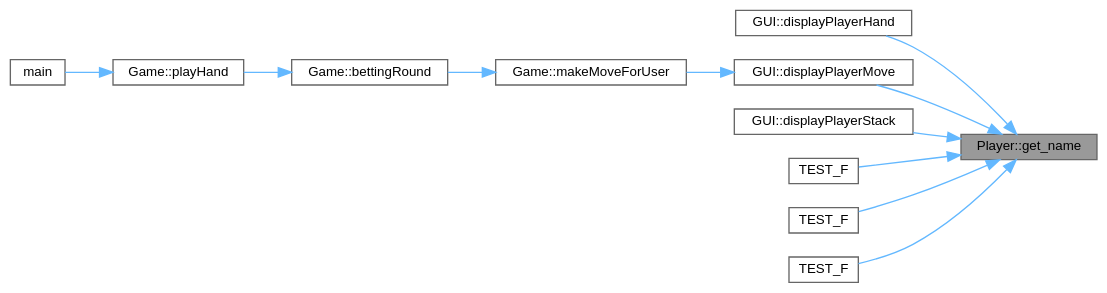
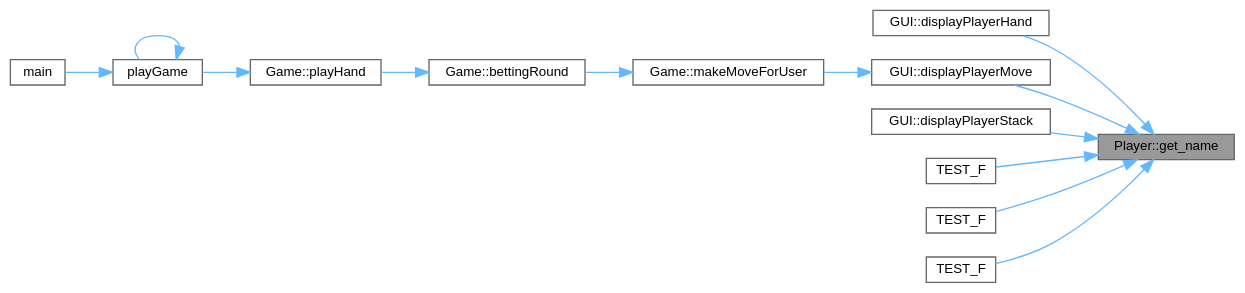
The diagram in class_player_afca8141f38b60b526fd2f874523a2726_icgraph.dot (jesstyrrell/cosc345), drawn with Graphviz before and after one commit. The commit also changed 182 other files, not shown here.

```diff
--- a/class_player_afca8141f38b60b526fd2f874523a2726_icgraph.dot
+++ b/class_player_afca8141f38b60b526fd2f874523a2726_icgraph.dot
@@ -1,30 +1,33 @@
 digraph "Player::get_name"
 {
  // INTERACTIVE_SVG=YES
  // LATEX_PDF_SIZE
   bgcolor="transparent";
   edge [fontname=Helvetica,fontsize=10,labelfontname=Helvetica,labelfontsize=10];
   node [fontname=Helvetica,fontsize=10,shape=box,height=0.2,width=0.4];
   rankdir="RL";
   Node1 [id="Node000001",label="Player::get_name",height=0.2,width=0.4,color="gray40", fillcolor="grey60", style="filled", fontcolor="black",tooltip="Gets the name of the player."];
   Node1 -> Node2 [id="edge1_Node000001_Node000002",dir="back",color="steelblue1",style="solid",tooltip=" "];
   Node2 [id="Node000002",label="GUI::displayPlayerHand",height=0.2,width=0.4,color="grey40", fillcolor="white", style="filled",URL="$class_g_u_i.html#a32e1013b85cfbec2c4578b34aa7c347f",tooltip="Displays the hand of a player."];
   Node1 -> Node3 [id="edge2_Node000001_Node000003",dir="back",color="steelblue1",style="solid",tooltip=" "];
   Node3 [id="Node000003",label="GUI::displayPlayerMove",height=0.2,width=0.4,color="grey40", fillcolor="white", style="filled",URL="$class_g_u_i.html#a65d07a686330670f5567a3fc11fbace1",tooltip="Displays a player's move."];
   Node3 -> Node4 [id="edge3_Node000003_Node000004",dir="back",color="steelblue1",style="solid",tooltip=" "];
   Node4 [id="Node000004",label="Game::makeMoveForUser",height=0.2,width=0.4,color="grey40", fillcolor="white", style="filled",URL="$class_game.html#a1a44850a64799e17f43f22b560275157",tooltip="Processes a move made by the user."];
   Node4 -> Node5 [id="edge4_Node000004_Node000005",dir="back",color="steelblue1",style="solid",tooltip=" "];
   Node5 [id="Node000005",label="Game::bettingRound",height=0.2,width=0.4,color="grey40", fillcolor="white", style="filled",URL="$class_game.html#a0de5cbe2125b0929a0bc8d2e6cdd64d5",tooltip="Conducts a betting round."];
   Node5 -> Node6 [id="edge5_Node000005_Node000006",dir="back",color="steelblue1",style="solid",tooltip=" "];
   Node6 [id="Node000006",label="Game::playHand",height=0.2,width=0.4,color="grey40", fillcolor="white", style="filled",URL="$class_game.html#ab72401c43b303a37dec67f3d6b75a927",tooltip="Plays a single hand of poker."];
   Node6 -> Node7 [id="edge6_Node000006_Node000007",dir="back",color="steelblue1",style="solid",tooltip=" "];
-  Node7 [id="Node000007",label="main",height=0.2,width=0.4,color="grey40", fillcolor="white", style="filled",URL="$main_8cpp.html#a0ddf1224851353fc92bfbff6f499fa97",tooltip=" "];
-  Node1 -> Node8 [id="edge7_Node000001_Node000008",dir="back",color="steelblue1",style="solid",tooltip=" "];
-  Node8 [id="Node000008",label="GUI::displayPlayerStack",height=0.2,width=0.4,color="grey40", fillcolor="white", style="filled",URL="$class_g_u_i.html#ad32a7ec45a881658fe14659ec3ce1ed3",tooltip="Displays the current chip stack of a player."];
-  Node1 -> Node9 [id="edge8_Node000001_Node000009",dir="back",color="steelblue1",style="solid",tooltip=" "];
-  Node9 [id="Node000009",label="TEST_F",height=0.2,width=0.4,color="grey40", fillcolor="white", style="filled",URL="$test___human_player_8cc.html#a7076a3a0b24e0d759867c23f35caf8f7",tooltip=" "];
-  Node1 -> Node10 [id="edge9_Node000001_Node000010",dir="back",color="steelblue1",style="solid",tooltip=" "];
-  Node10 [id="Node000010",label="TEST_F",height=0.2,width=0.4,color="grey40", fillcolor="white", style="filled",URL="$test___player_8cc.html#a1fca5239cc7f65acbabbdcd829772a3c",tooltip=" "];
-  Node1 -> Node11 [id="edge10_Node000001_Node000011",dir="back",color="steelblue1",style="solid",tooltip=" "];
-  Node11 [id="Node000011",label="TEST_F",height=0.2,width=0.4,color="grey40", fillcolor="white", style="filled",URL="$test___player_8cc.html#a411b64f9bbb87c35f8a127ad15fbeb0a",tooltip=" "];
+  Node7 [id="Node000007",label="playGame",height=0.2,width=0.4,color="grey40", fillcolor="white", style="filled",URL="$main_8cpp.html#a4cbfdb17bf51e00546880626f7e80429",tooltip=" "];
+  Node7 -> Node8 [id="edge7_Node000007_Node000008",dir="back",color="steelblue1",style="solid",tooltip=" "];
+  Node8 [id="Node000008",label="main",height=0.2,width=0.4,color="grey40", fillcolor="white", style="filled",URL="$main_8cpp.html#a0ddf1224851353fc92bfbff6f499fa97",tooltip=" "];
+  Node7 -> Node7 [id="edge8_Node000007_Node000007",dir="back",color="steelblue1",style="solid",tooltip=" "];
+  Node1 -> Node9 [id="edge9_Node000001_Node000009",dir="back",color="steelblue1",style="solid",tooltip=" "];
+  Node9 [id="Node000009",label="GUI::displayPlayerStack",height=0.2,width=0.4,color="grey40", fillcolor="white", style="filled",URL="$class_g_u_i.html#ad32a7ec45a881658fe14659ec3ce1ed3",tooltip="Displays the current chip stack of a player."];
+  Node1 -> Node10 [id="edge10_Node000001_Node000010",dir="back",color="steelblue1",style="solid",tooltip=" "];
+  Node10 [id="Node000010",label="TEST_F",height=0.2,width=0.4,color="grey40", fillcolor="white", style="filled",URL="$test___human_player_8cc.html#a7076a3a0b24e0d759867c23f35caf8f7",tooltip=" "];
+  Node1 -> Node11 [id="edge11_Node000001_Node000011",dir="back",color="steelblue1",style="solid",tooltip=" "];
+  Node11 [id="Node000011",label="TEST_F",height=0.2,width=0.4,color="grey40", fillcolor="white", style="filled",URL="$test___player_8cc.html#a1fca5239cc7f65acbabbdcd829772a3c",tooltip=" "];
+  Node1 -> Node12 [id="edge12_Node000001_Node000012",dir="back",color="steelblue1",style="solid",tooltip=" "];
+  Node12 [id="Node000012",label="TEST_F",height=0.2,width=0.4,color="grey40", fillcolor="white", style="filled",URL="$test___player_8cc.html#a411b64f9bbb87c35f8a127ad15fbeb0a",tooltip=" "];
 }
```
